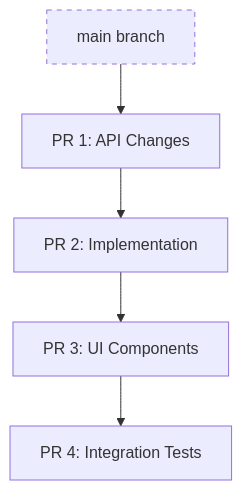
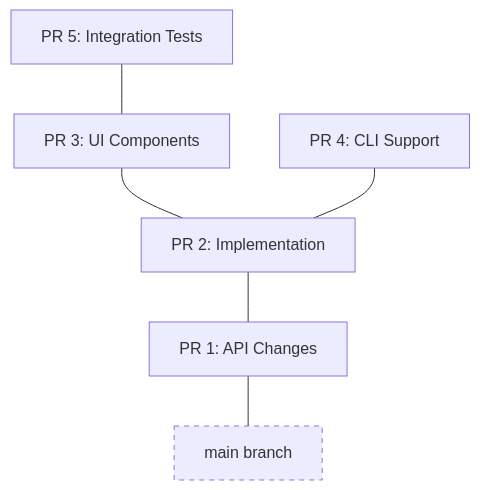
Before and after one commit to wattry/stackit: the diagram in README.md, drawn with Mermaid. The commit also changed other lines of this file and 14 other files, not shown here.

````diff
--- a/README.md
+++ b/README.md
@@ -20,9 +20,10 @@
 ```mermaid
-graph TD
-    main[main branch] --> B1[PR 1: API Changes]
-    B1 --> B2[PR 2: Implementation]
-    B2 --> B3[PR 3: UI Components]
-    B3 --> B4[PR 4: Integration Tests]
-    
+graph BT
+    main[main branch] --- B1[PR 1: API Changes]
+    B1 --- B2[PR 2: Implementation]
+    B2 --- B3[PR 3: UI Components]
+    B2 --- B4[PR 4: CLI Support]
+    B3 --- B5[PR 5: Integration Tests]
+
     style main stroke-dasharray: 5 5
 ```
````
